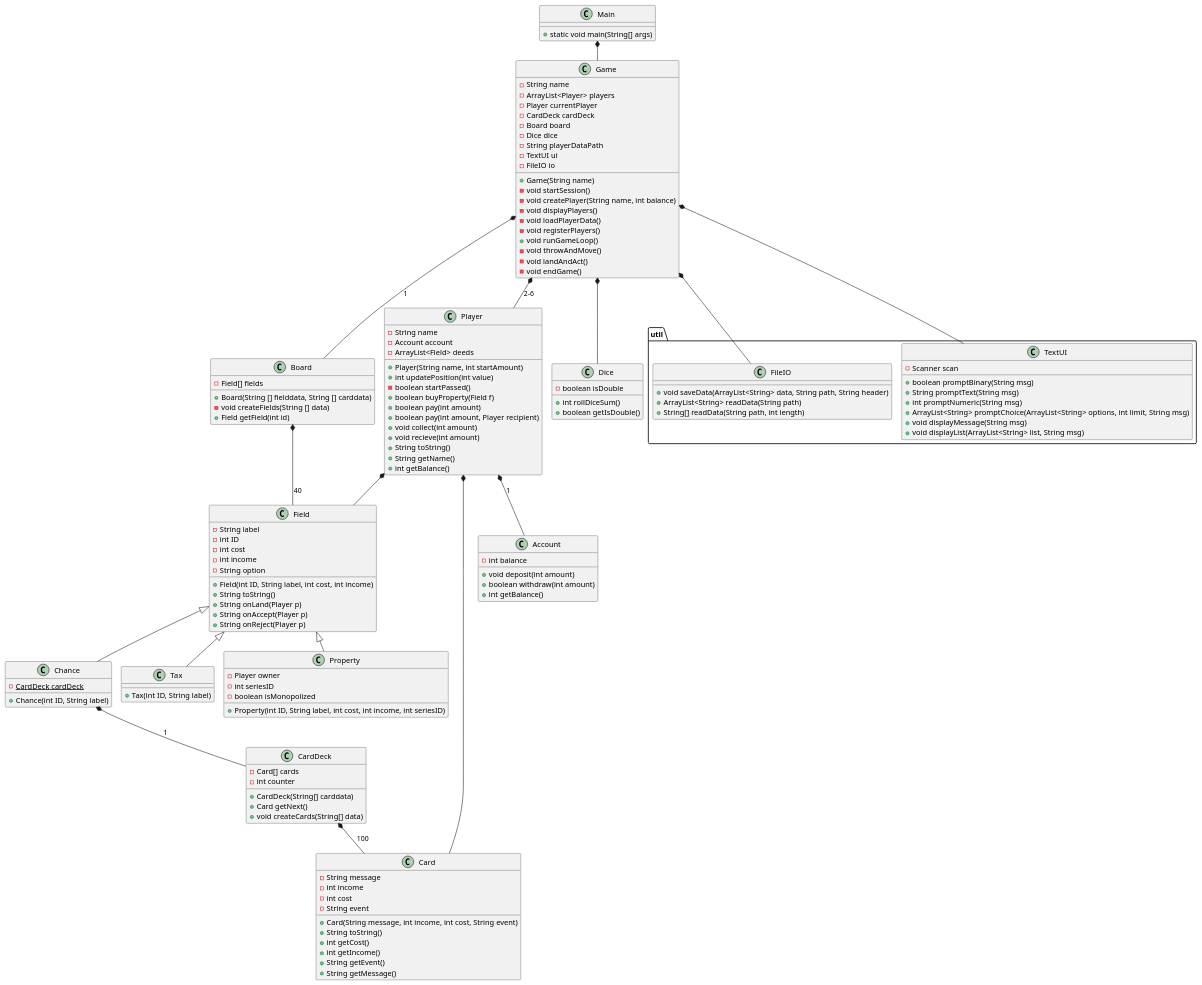
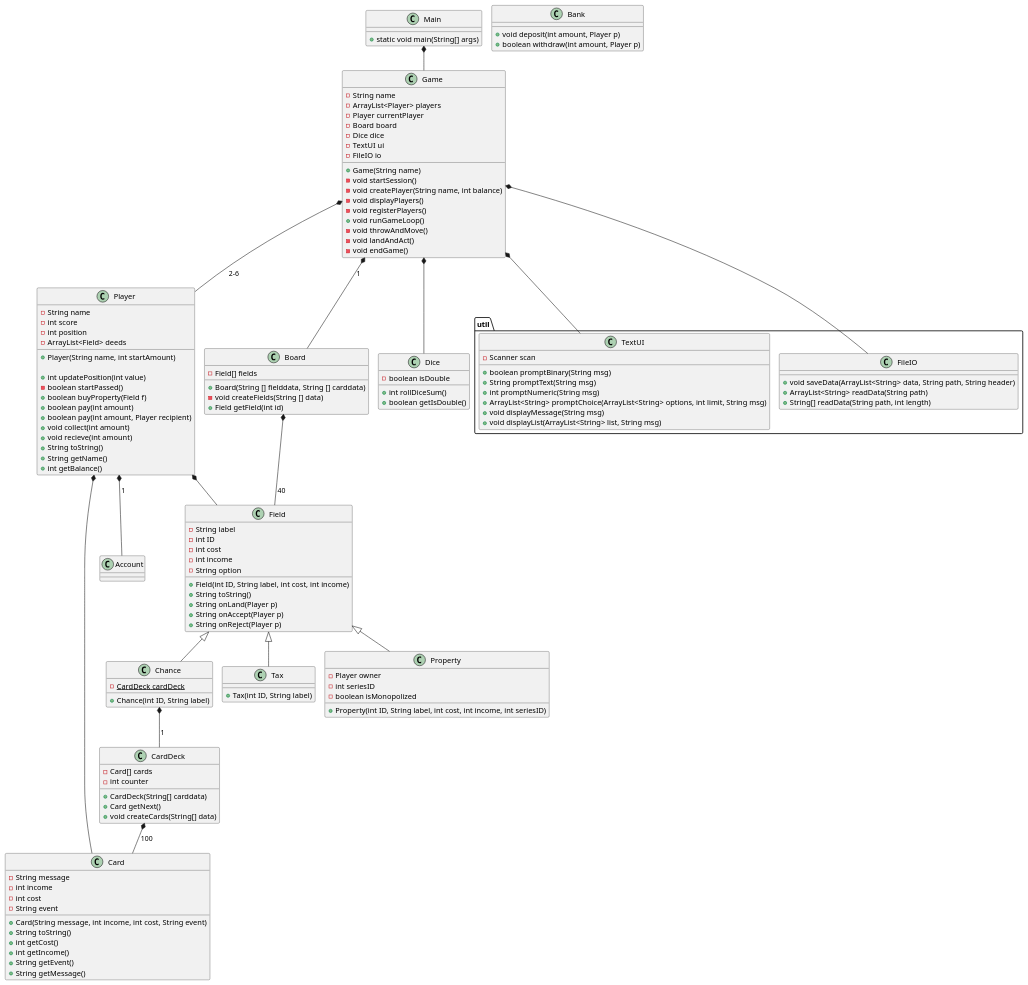
Before and after one commit to Dat1Cphbusiness/MonopolyE25: the diagram in doc/plan/static/classdiagram_v1.puml, drawn with PlantUML.

```diff
--- a/doc/plan/static/classdiagram_v1.puml
+++ b/doc/plan/static/classdiagram_v1.puml
@@ -1,150 +1,151 @@
 @startuml
 !pragma layout smetana
 
 class Main{
 + static void main(String[] args)
 }
 
 
 
 
 class Game{
  - String name
  - ArrayList<Player> players
  - Player currentPlayer
- - CardDeck cardDeck
  - Board board
  - Dice dice
  'utilities
-  - String playerDataPath
   - TextUI ui
   - FileIO io
   'Contructor
  + Game(String name)
  'Methods
  - void startSession()
  - void createPlayer(String name, int balance)
  - void displayPlayers()
-  - void loadPlayerData()
  - void registerPlayers()
  + void runGameLoop()
  - void throwAndMove()
  - void landAndAct()
  - void endGame()
 
 }
 
 class Player{
 - String name
-- Account account
+- int score
+- int position
 - ArrayList<Field> deeds
+
 + Player(String name, int startAmount)
+
 + int updatePosition(int value)
 - boolean startPassed()
 + boolean buyProperty(Field f)
 + boolean pay(int amount)
 + boolean pay(int amount, Player recipient)
 + void collect(int amount)
 + void recieve(int amount)
 + String toString()
 + String getName()
 + int getBalance()
 }
-class Account{
-- int balance
-+ void deposit(int amount)
-+ boolean withdraw(int amount)
-+ int getBalance()
+
+class Bank{
+
++ void deposit(int amount, Player p)
++ boolean withdraw(int amount, Player p)
+
 }
 
 class Field{
-- String label
+ - String label
  - int ID
  - int cost
  - int income
  - String option
  + Field(int ID, String label, int cost, int income)
  + String toString()
  + String onLand(Player p)
  + String onAccept(Player p)
  + String onReject(Player p)
 }
 class Board{
  - Field[] fields
  + Board(String [] fielddata, String [] carddata)
 'konstruktoren instansierer CardDeck med carddata som argument og tildeler til Chance.cardDeck
  - void createFields(String [] data)
  + Field getField(int id)
 
 }
 class Property extends Field{
  - Player owner
  - int seriesID
  - boolean isMonopolized
  + Property(int ID, String label, int cost, int income, int seriesID)
 }
 
 class Chance extends Field{
  - {static} CardDeck cardDeck
  + Chance(int ID, String label)
 }
 class Tax extends Field{
 
  + Tax(int ID, String label)
 }
 class CardDeck {
 - Card[] cards
 - int counter
 + CardDeck(String[] carddata)
 + Card getNext()
 + void createCards(String[] data)
 }
 class Card{
 -String message
 -int income
 -int cost
 -String event
 +Card(String message, int income, int cost, String event)
 +String toString()
 + int getCost()
 + int getIncome()
 + String getEvent()
 + String getMessage()
 }
 
 class Dice{
  - boolean isDouble
  +int rollDiceSum()
  +boolean getIsDouble()
  }
 package "util" {
 class TextUI {
 - Scanner scan
 + boolean promptBinary(String msg)
 + String promptText(String msg)
 + int promptNumeric(String msg)
 + ArrayList<String> promptChoice(ArrayList<String> options, int limit, String msg)
 + void displayMessage(String msg)
 + void displayList(ArrayList<String> list, String msg)
 }
 
 class FileIO{
 + void saveData(ArrayList<String> data, String path, String header)
 + ArrayList<String> readData(String path)
 + String[] readData(String path, int length)
 }
 }
 Game *-- TextUI
 Main *-- Game
 Game *-- Player: 2-6
 Game *-- FileIO
 Player *-- Account:1
 Game *-- Board:1
 Board *-- Field:40
 Chance *-- CardDeck:1
 CardDeck *-- Card:100
 Game *-- Dice
 Player *-- Card
 Player *-- Field
 
 @enduml
```
